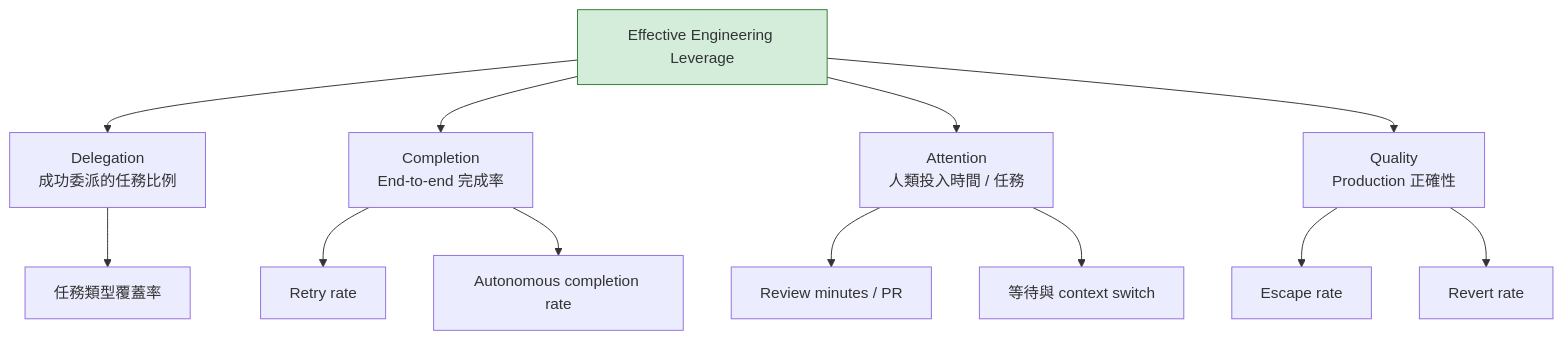
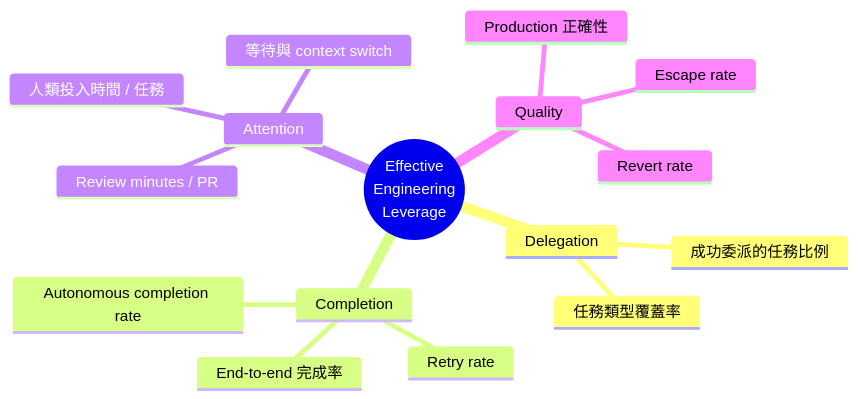
The second of 3 diagrams in 2026-11-agentic-eval-economics/article.md (fantasybz/medium-articles), drawn with Mermaid before and after one commit. The commit also changed other lines of this file and 26 other files, not shown here.

First line of the commit message:
Redraw the remaining wide and tall diagrams across all four articles

````diff
--- a/2026-11-agentic-eval-economics/article.md
+++ b/2026-11-agentic-eval-economics/article.md
@@ -116,15 +119,19 @@
 ```mermaid
-flowchart TD
-    NS["Effective Engineering Leverage"] --> A["Delegation<br/>成功委派的任務比例"]
-    NS --> B["Completion<br/>End-to-end 完成率"]
-    NS --> C["Attention<br/>人類投入時間 / 任務"]
-    NS --> D["Quality<br/>Production 正確性"]
-    A --> A1["任務類型覆蓋率"]
-    B --> B1["Retry rate"]
-    B --> B2["Autonomous completion rate"]
-    C --> C1["Review minutes / PR"]
-    C --> C2["等待與 context switch"]
-    D --> D1["Escape rate"]
-    D --> D2["Revert rate"]
-    style NS fill:#d4edda,stroke:#2e7d32
+mindmap
+  root((Effective<br/>Engineering<br/>Leverage))
+    Delegation
+      成功委派的任務比例
+      任務類型覆蓋率
+    Completion
+      End-to-end 完成率
+      Retry rate
+      Autonomous completion rate
+    Attention
+      人類投入時間 / 任務
+      Review minutes / PR
+      等待與 context switch
+    Quality
+      Production 正確性
+      Escape rate
+      Revert rate
 ```
````
